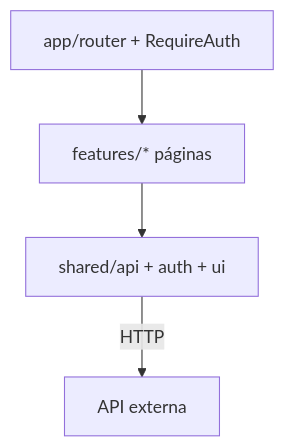
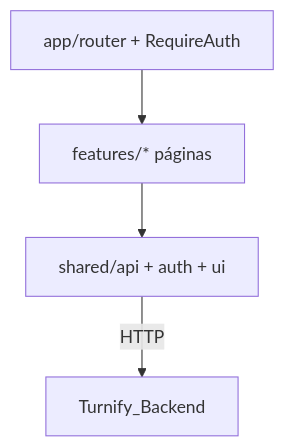
The seventh of 8 diagrams in docs/sustentacion-turnify.md (Edwardortiz117/Turnify_Frontend), drawn with Mermaid before and after one commit. The commit also changed other lines of this file and 14 other files, not shown here.

````diff
--- a/docs/sustentacion-turnify.md
+++ b/docs/sustentacion-turnify.md
@@ -263,8 +434,8 @@
 ```mermaid
 flowchart TB
   R[app/router + RequireAuth]
   F[features/* páginas]
   S[shared/api + auth + ui]
   R --> F --> S
-  S -->|HTTP| API[API externa]
+  S -->|HTTP| API[Turnify_Backend]
 ```
````
